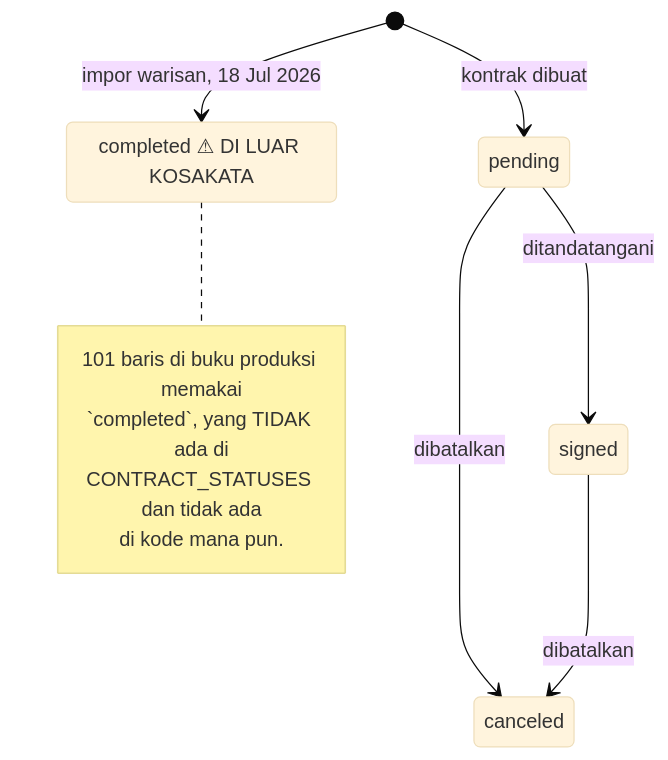
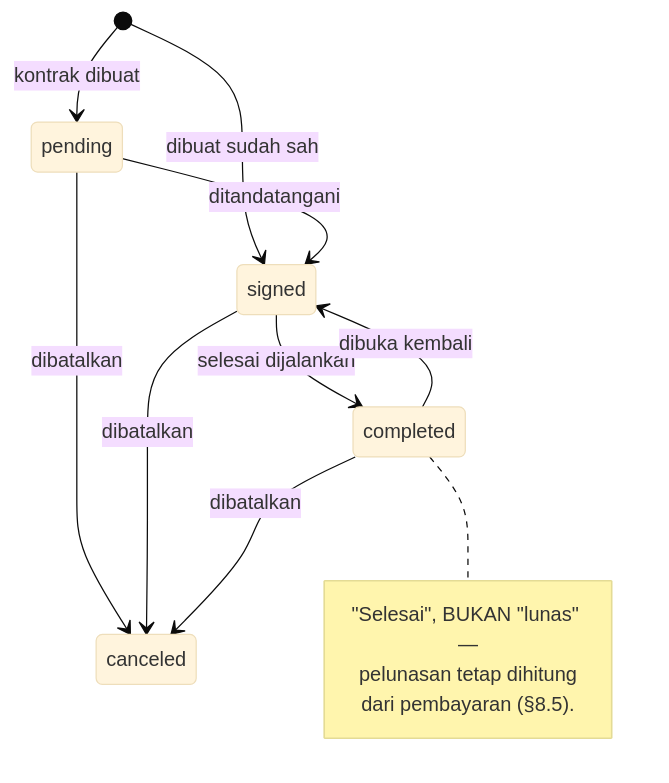
One commit to tri-evendi/sai-accounting changed diagram 14 of 18 in docs/arsitektur/04-ALIRAN-DATA.md. Above: the diagram before and after it, drawn with Mermaid (base theme). The commit also changed other lines of this file and 28 other files, not shown here.

````diff
--- a/docs/arsitektur/04-ALIRAN-DATA.md
+++ b/docs/arsitektur/04-ALIRAN-DATA.md
@@ -595,15 +595,16 @@
 ```mermaid
 stateDiagram-v2
     [*] --> pending: kontrak dibuat
+    [*] --> signed: dibuat sudah sah
     pending --> signed: ditandatangani
     pending --> canceled: dibatalkan
     signed --> canceled: dibatalkan
-    completed: completed ⚠ DI LUAR KOSAKATA
-    [*] --> completed: impor warisan, 18 Jul 2026
+    signed --> completed: selesai dijalankan
+    completed --> signed: dibuka kembali
+    completed --> canceled: dibatalkan
     note right of completed
-        101 baris di buku produksi memakai
-        `completed`, yang TIDAK ada di
-        CONTRACT_STATUSES dan tidak ada
-        di kode mana pun.
+        "Selesai", BUKAN "lunas" —
+        pelunasan tetap dihitung
+        dari pembayaran (§8.5).
     end note
 ```
````
